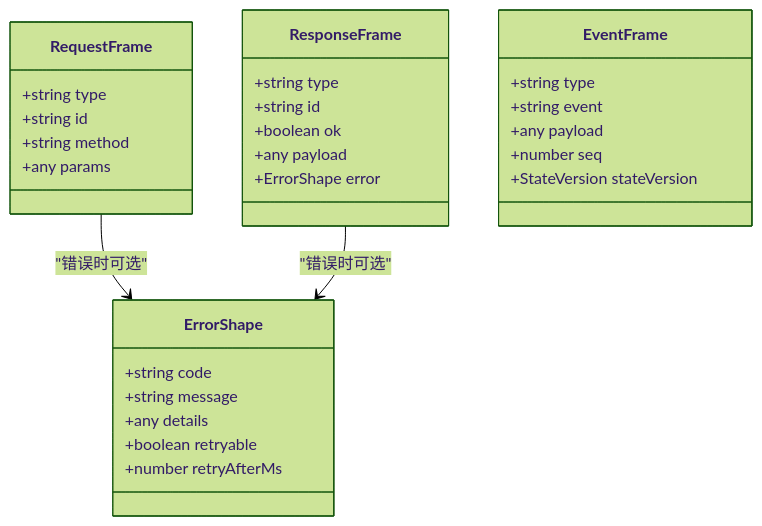
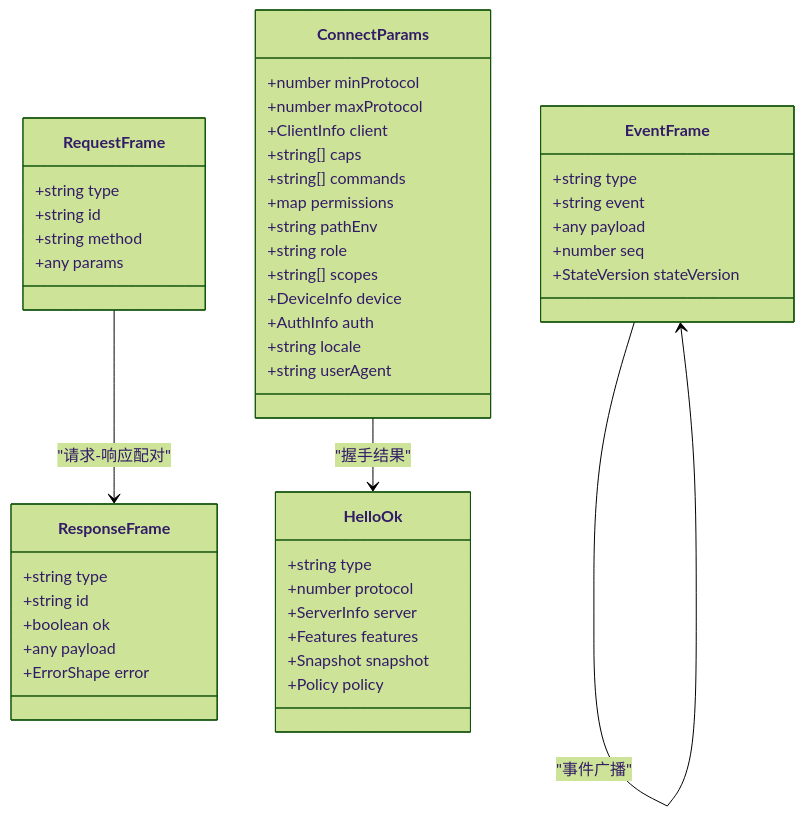
The third of 6 diagrams in .qoder/repowiki/zh/content/API参考/WebSocket API.md (HACK-WU/openclaw), drawn with Mermaid (forest theme) before and after one commit. The commit also changed other lines of this file and 549 other files, not shown here.

````diff
--- a/.qoder/repowiki/zh/content/API参考/WebSocket API.md
+++ b/.qoder/repowiki/zh/content/API参考/WebSocket API.md
@@ -193,32 +161,49 @@
 ```mermaid
 classDiagram
 class RequestFrame {
 +string type
 +string id
 +string method
 +any params
 }
 class ResponseFrame {
 +string type
 +string id
 +boolean ok
 +any payload
 +ErrorShape error
 }
 class EventFrame {
 +string type
 +string event
 +any payload
 +number seq
 +StateVersion stateVersion
 }
-class ErrorShape {
-+string code
-+string message
-+any details
-+boolean retryable
-+number retryAfterMs
+class ConnectParams {
++number minProtocol
++number maxProtocol
++ClientInfo client
++string[] caps
++string[] commands
++map permissions
++string pathEnv
++string role
++string[] scopes
++DeviceInfo device
++AuthInfo auth
++string locale
++string userAgent
 }
-RequestFrame --> ErrorShape : "错误时可选"
-ResponseFrame --> ErrorShape : "错误时可选"
+class HelloOk {
++string type
++number protocol
++ServerInfo server
++Features features
++Snapshot snapshot
++Policy policy
+}
+RequestFrame --> ResponseFrame : "请求-响应配对"
+EventFrame --> EventFrame : "事件广播"
+ConnectParams --> HelloOk : "握手结果"
 ```
````
